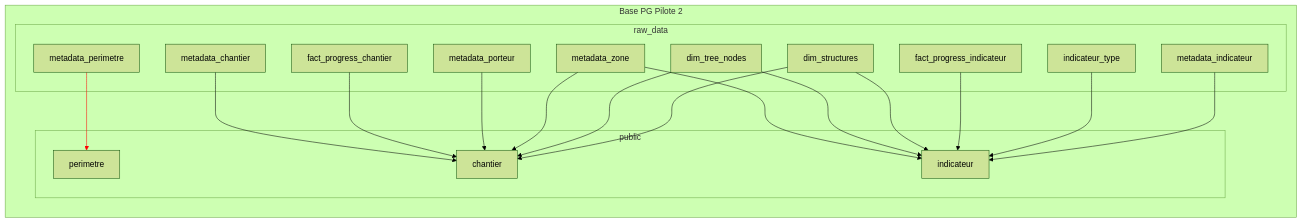
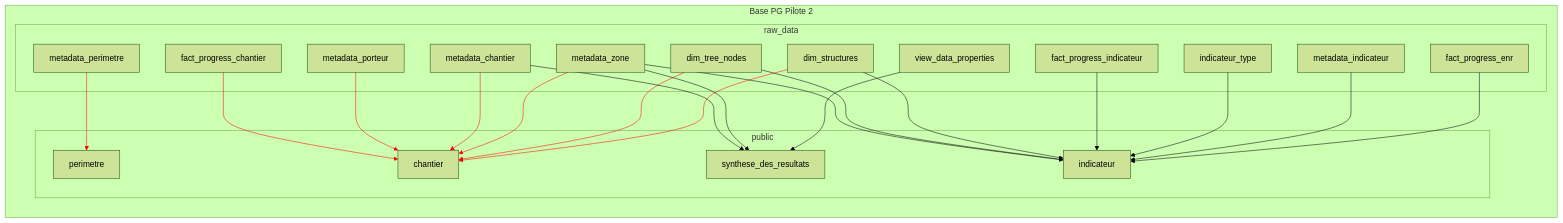
The fourth of 4 diagrams in data/README.md (DITP-pilotage/pilote-2), drawn with Mermaid (forest theme) before and after one commit. The commit also changed other lines of this file and 18 other files, not shown here.

````diff
--- a/data/README.md
+++ b/data/README.md
@@ -226,33 +229,39 @@
 ``` mermaid
 graph LR
 subgraph Base PG Pilote 2
    subgraph raw_data
       M_CHA[metadata_chantier]
       M_PER[metadata_perimetre]
       M_IND[metadata_indicateur]
       M_ZON[metadata_zone]
       D_FPI[fact_progress_indicateur]
       D_FPC[fact_progress_chantier]
       D_DTN[dim_tree_nodes]
       D_DS[dim_structures]
       M_TYPE[indicateur_type]
       M_PORT[metadata_porteur]
+      D_FPE[fact_progress_enr]
+      D_VDP[view_data_properties]
    end
    subgraph public
       M_PER --> PER[perimetre]
-      M_CHA --> CHA[chantier]
       D_FPC --> CHA
       M_PORT --> CHA
+      M_CHA --> CHA[chantier]
       M_ZON --> CHA
       D_DTN --> CHA
       D_DS  --> CHA
+      M_CHA --> SDR
+      M_ZON --> SDR
+      D_VDP --> SDR[synthese_des_resultats]
       M_ZON --> IND
       D_DTN --> IND
       D_DS  --> IND
       D_FPI --> IND
       M_TYPE --> IND
       M_IND --> IND[indicateur]
-      linkStyle 0 stroke:red;
+      D_FPE --> IND
+      linkStyle 0,1,2,3,4,5,6 stroke:red;
    end
 end
 ```
````
